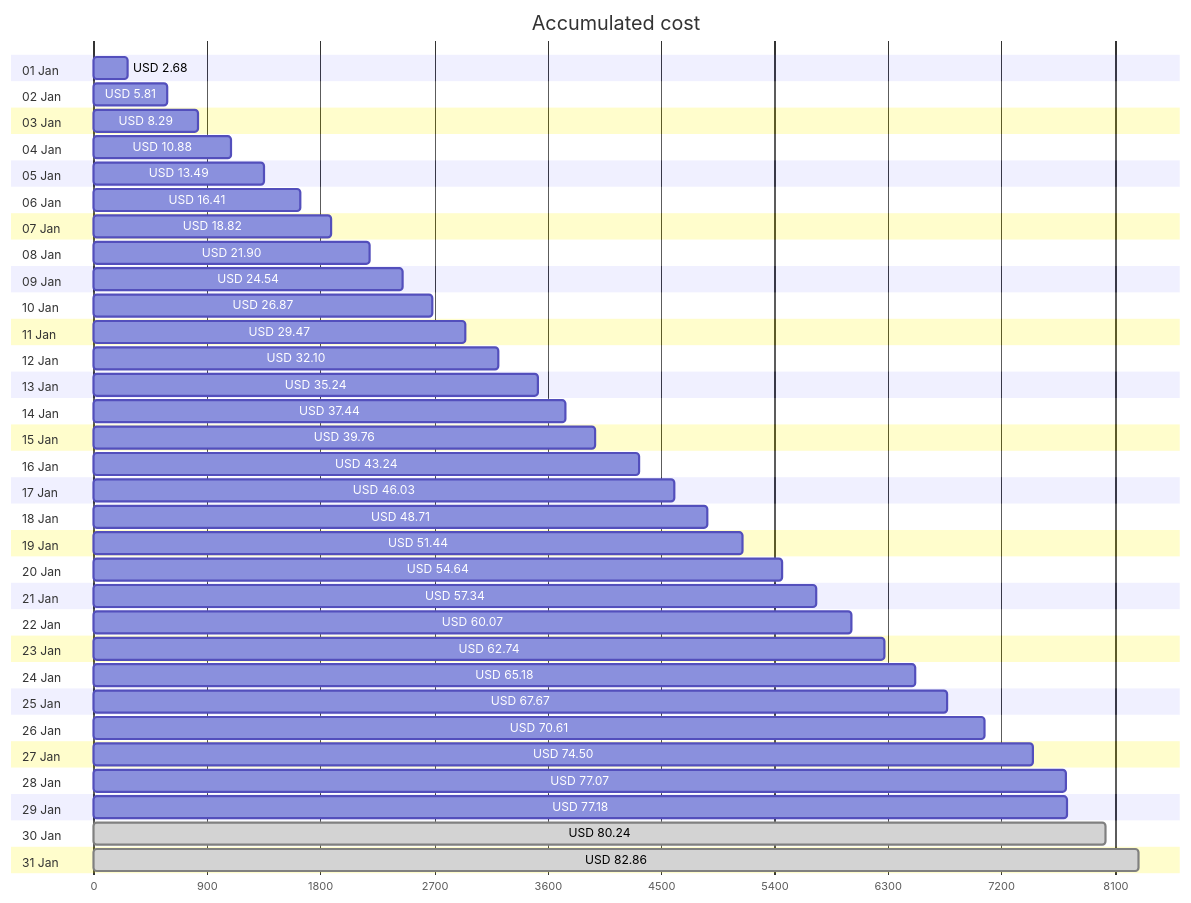
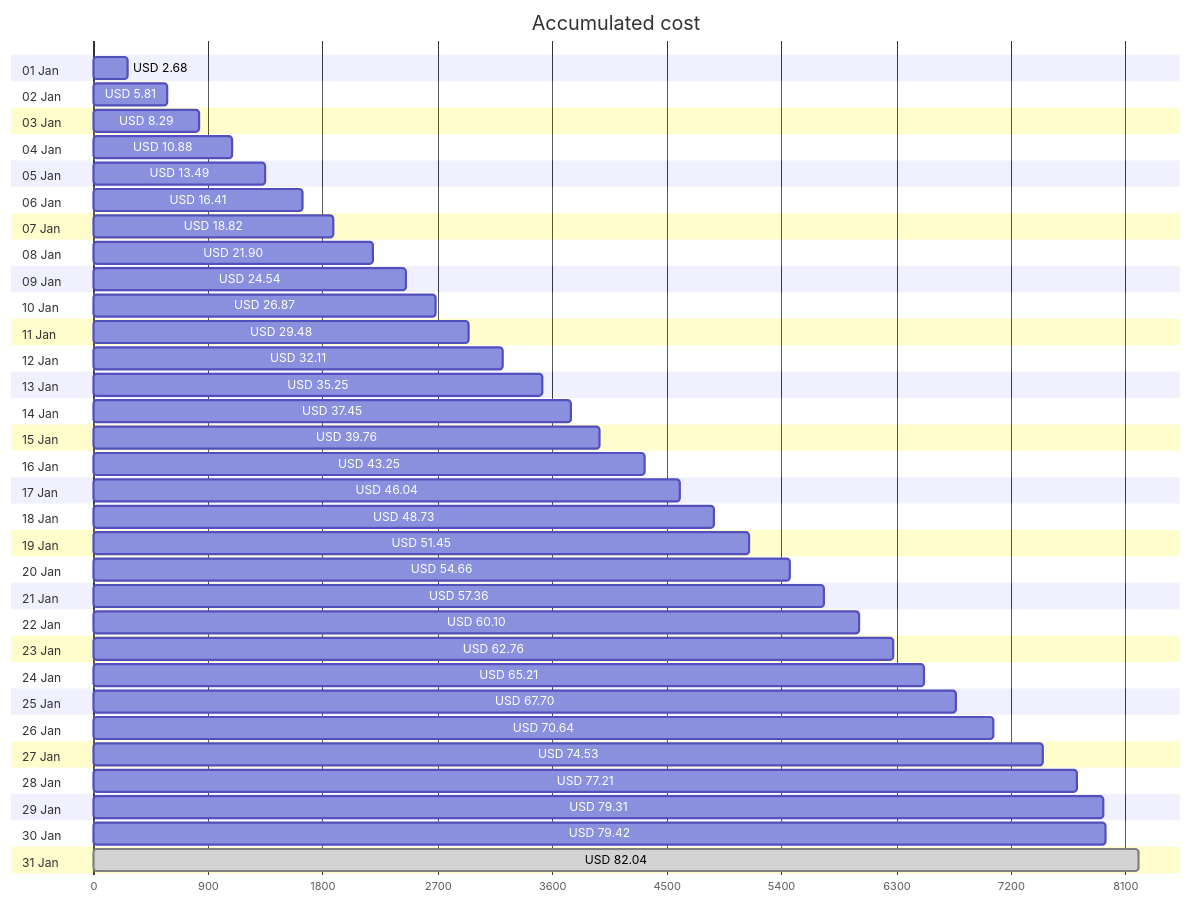
Before and after one commit to jpfulton/azure-personal-reports: the first of 4 diagrams in cost-reports/accumulated-cost.md, drawn with Mermaid. The commit also changed other lines of this file and 4 other files, not shown here.

````diff
--- a/cost-reports/accumulated-cost.md
+++ b/cost-reports/accumulated-cost.md
@@ -20,68 +20,68 @@
 ```mermaid
 gantt
    title Accumulated cost
    dateFormat  X
    axisFormat %s
    section 01 Jan
    USD 2.68 :0, 268
    section 02 Jan
    USD 5.81 :0, 581
    section 03 Jan
    USD 8.29 :0, 829
    section 04 Jan
    USD 10.88 :0, 1088
    section 05 Jan
    USD 13.49 :0, 1349
    section 06 Jan
    USD 16.41 :0, 1641
    section 07 Jan
    USD 18.82 :0, 1882
    section 08 Jan
    USD 21.90 :0, 2190
    section 09 Jan
    USD 24.54 :0, 2454
    section 10 Jan
    USD 26.87 :0, 2687
    section 11 Jan
-   USD 29.47 :0, 2947
+   USD 29.48 :0, 2948
    section 12 Jan
-   USD 32.10 :0, 3210
+   USD 32.11 :0, 3211
    section 13 Jan
-   USD 35.24 :0, 3524
+   USD 35.25 :0, 3525
    section 14 Jan
-   USD 37.44 :0, 3744
+   USD 37.45 :0, 3745
    section 15 Jan
    USD 39.76 :0, 3976
    section 16 Jan
-   USD 43.24 :0, 4324
+   USD 43.25 :0, 4325
    section 17 Jan
-   USD 46.03 :0, 4603
+   USD 46.04 :0, 4604
    section 18 Jan
-   USD 48.71 :0, 4871
+   USD 48.73 :0, 4873
    section 19 Jan
-   USD 51.44 :0, 5144
+   USD 51.45 :0, 5145
    section 20 Jan
-   USD 54.64 :0, 5464
+   USD 54.66 :0, 5466
    section 21 Jan
-   USD 57.34 :0, 5734
+   USD 57.36 :0, 5736
    section 22 Jan
-   USD 60.07 :0, 6007
+   USD 60.10 :0, 6010
    section 23 Jan
-   USD 62.74 :0, 6274
+   USD 62.76 :0, 6276
    section 24 Jan
-   USD 65.18 :0, 6518
+   USD 65.21 :0, 6521
    section 25 Jan
-   USD 67.67 :0, 6767
+   USD 67.70 :0, 6770
    section 26 Jan
-   USD 70.61 :0, 7061
+   USD 70.64 :0, 7064
    section 27 Jan
-   USD 74.50 :0, 7450
+   USD 74.53 :0, 7453
    section 28 Jan
-   USD 77.07 :0, 7707
+   USD 77.21 :0, 7721
    section 29 Jan
-   USD 77.18 :0, 7718
+   USD 79.31 :0, 7931
    section 30 Jan
-   USD 80.24 : done, 0, 8024
+   USD 79.42 :0, 7942
    section 31 Jan
-   USD 82.86 : done, 0, 8286
+   USD 82.04 : done, 0, 8204
 ```
````
